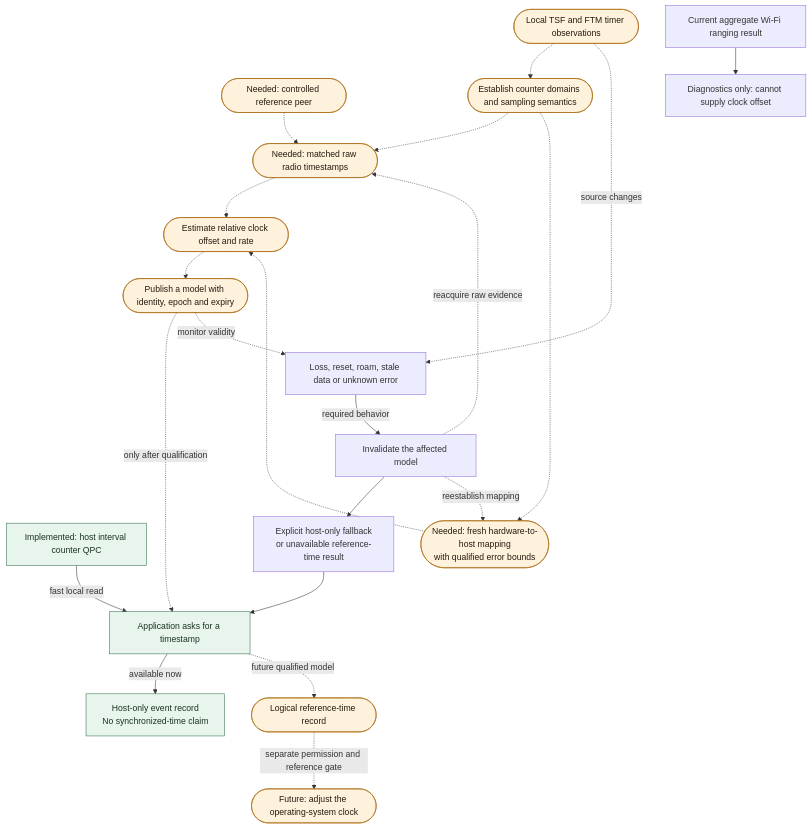
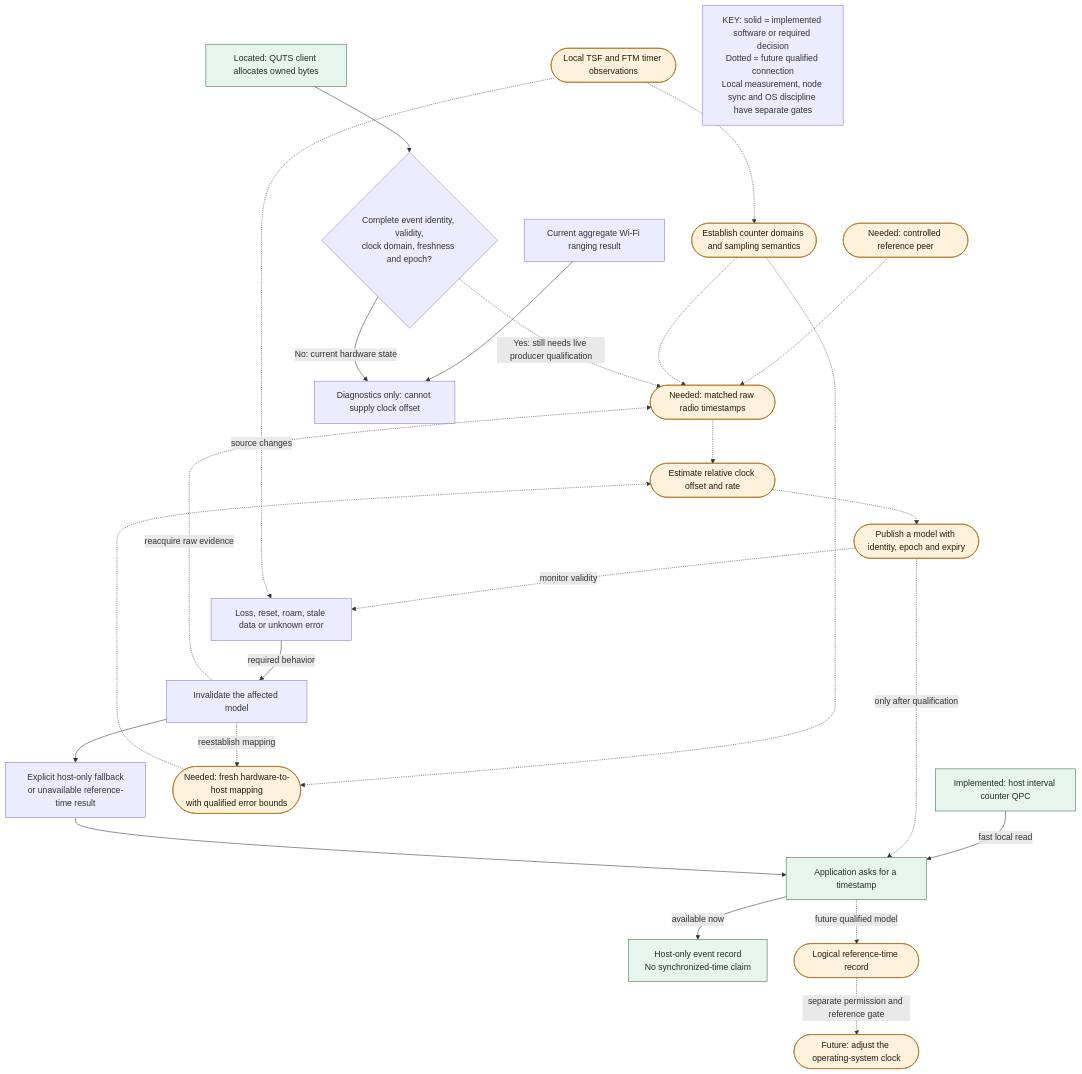
One commit to Protonmatter/wifi-hardware-time changed the fifth of 5 diagrams in docs/clock-models/packet-to-clock-map.md. Above: the diagram before and after it, drawn with Mermaid. The commit also changed other lines of this file and 123 other files, not shown here.

````diff
--- a/docs/clock-models/packet-to-clock-map.md
+++ b/docs/clock-models/packet-to-clock-map.md
@@ -290,27 +305,31 @@
 ```mermaid
 flowchart TB
   Q["Implemented: host interval counter QPC"] -->|fast local read| FAST["Application asks for a timestamp"]
   FAST -->|available now| LOCAL["Host-only event record<br/>No synchronized-time claim"]
   REF(["Needed: controlled reference peer"]) -.-> RAW(["Needed: matched raw radio timestamps"])
   NIC(["Local TSF and FTM timer observations"]) -.-> REL(["Establish counter domains and sampling semantics"])
   REL -.-> RAW
   REL -.-> MAP(["Needed: fresh hardware-to-host mapping<br/>with qualified error bounds"])
   RAW -.-> EST(["Estimate relative clock offset and rate"])
   MAP -.-> EST
   EST -.-> SNAP(["Publish a model with identity, epoch and expiry"])
   SNAP -. "only after qualification" .-> FAST
   FAST -. "future qualified model" .-> OUT(["Logical reference-time record"])
   SNAP -. "monitor validity" .-> CHECK["Loss, reset, roam, stale data or unknown error"]
   NIC -. "source changes" .-> CHECK
   CHECK -->|required behavior| INVALID["Invalidate the affected model"]
   INVALID --> FALLBACK["Explicit host-only fallback<br/>or unavailable reference-time result"]
   FALLBACK --> FAST
   INVALID -. "reacquire raw evidence" .-> RAW
   INVALID -. "reestablish mapping" .-> MAP
   OUT -. "separate permission and reference gate" .-> OS(["Future: adjust the operating-system clock"])
   FTM["Current aggregate Wi-Fi ranging result"] --> DIAG["Diagnostics only: cannot supply clock offset"]
+  V["Located: QUTS client allocates owned bytes"] --> CONTRACT{"Complete event identity, validity,<br/>clock domain, freshness and epoch?"}
+  CONTRACT -->|No: current hardware state| DIAG
+  CONTRACT -. "Yes: still needs live producer qualification" .-> RAW
+  KEY["KEY: solid = implemented software or required decision<br/>Dotted = future qualified connection<br/>Local measurement, node sync and OS discipline have separate gates"]
   classDef existing fill:#e8f5ed,stroke:#34704a,color:#193323;
   classDef future fill:#fff2dd,stroke:#ac6b12,color:#241b0e;
-  class Q,FAST,LOCAL existing;
+  class Q,FAST,LOCAL,V existing;
   class REF,RAW,NIC,REL,MAP,EST,SNAP,OUT,OS future;
 ```
````
